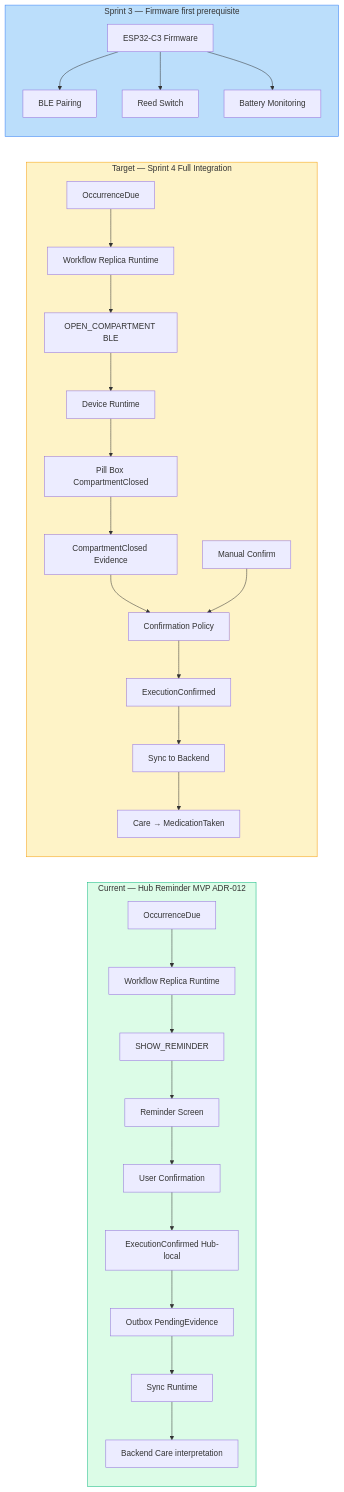
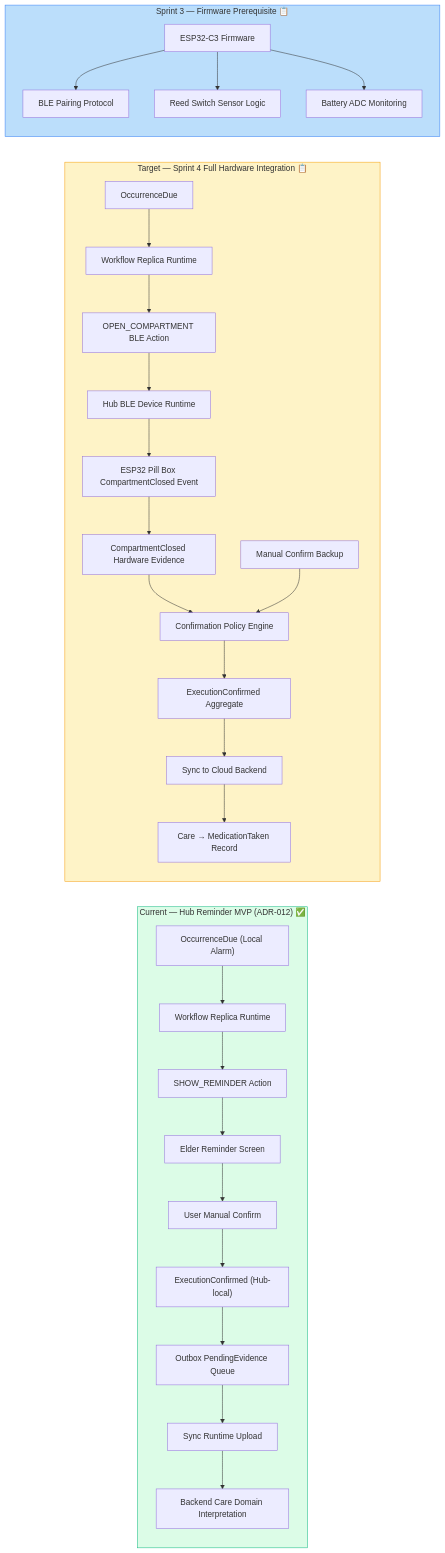
Before and after one commit to Aurliano/yara-care-os: the sixth of 11 diagrams in docs/progress-flowchart.md, drawn with Mermaid. The commit also changed other lines of this file and 75 other files, not shown here.

````diff
--- a/docs/progress-flowchart.md
+++ b/docs/progress-flowchart.md
@@ -327,65 +328,65 @@
 ```mermaid
 flowchart LR
-    subgraph Current["Current — Hub Reminder MVP ADR-012"]
+    subgraph Current["Current — Hub Reminder MVP (ADR-012) ✅"]
         direction TB
-        OCC["OccurrenceDue"]
+        OCC["OccurrenceDue (Local Alarm)"]
         WF_RUN["Workflow Replica Runtime"]
-        SHOW["SHOW_REMINDER"]
-        UI["Reminder Screen"]
-        EVIDENCE["User Confirmation"]
-        LOCAL_CONFIRM["ExecutionConfirmed Hub-local"]
-        OUTBOX["Outbox PendingEvidence"]
-        SYNC_UP["Sync Runtime"]
-        BACKEND["Backend Care interpretation"]
+        SHOW["SHOW_REMINDER Action"]
+        UI["Elder Reminder Screen"]
+        EVIDENCE["User Manual Confirm"]
+        LOCAL_CONFIRM["ExecutionConfirmed (Hub-local)"]
+        OUTBOX["Outbox PendingEvidence Queue"]
+        SYNC_UP["Sync Runtime Upload"]
+        BACKEND["Backend Care Domain Interpretation"]
 
         OCC --> WF_RUN
         WF_RUN --> SHOW
         SHOW --> UI
         UI --> EVIDENCE
         EVIDENCE --> LOCAL_CONFIRM
         LOCAL_CONFIRM --> OUTBOX
         OUTBOX --> SYNC_UP
         SYNC_UP --> BACKEND
     end
 
-    subgraph Target["Target — Sprint 4 Full Integration"]
+    subgraph Target["Target — Sprint 4 Full Hardware Integration 📋"]
         direction TB
         OCC2["OccurrenceDue"]
         WF2["Workflow Replica Runtime"]
-        OPEN["OPEN_COMPARTMENT BLE"]
-        PILLBOX["Pill Box CompartmentClosed"]
-        BLE_DEV["Device Runtime"]
-        EVIDENCE2["CompartmentClosed Evidence"]
-        COMPARE["Confirmation Policy"]
-        CONFIRM2["ExecutionConfirmed"]
-        SYNC2["Sync to Backend"]
-        CARE_INTERP["Care → MedicationTaken"]
+        OPEN["OPEN_COMPARTMENT BLE Action"]
+        PILLBOX["ESP32 Pill Box CompartmentClosed Event"]
+        BLE_DEV["Hub BLE Device Runtime"]
+        EVIDENCE2["CompartmentClosed Hardware Evidence"]
+        COMPARE["Confirmation Policy Engine"]
+        CONFIRM2["ExecutionConfirmed Aggregate"]
+        SYNC2["Sync to Cloud Backend"]
+        CARE_INTERP["Care → MedicationTaken Record"]
 
         OCC2 --> WF2
         WF2 --> OPEN
         OPEN --> BLE_DEV
         BLE_DEV --> PILLBOX
         PILLBOX --> EVIDENCE2
         EVIDENCE2 --> COMPARE
-        UI2["Manual Confirm"] --> COMPARE
+        UI2["Manual Confirm Backup"] --> COMPARE
         COMPARE --> CONFIRM2
         CONFIRM2 --> SYNC2
         SYNC2 --> CARE_INTERP
     end
 
-    subgraph Future["Sprint 3 — Firmware first prerequisite"]
+    subgraph Prereq["Sprint 3 — Firmware Prerequisite 📋"]
         direction TB
         ESP["ESP32-C3 Firmware"]
-        BLE_PAIR["BLE Pairing"]
-        REED["Reed Switch"]
-        BATT["Battery Monitoring"]
+        BLE_PAIR["BLE Pairing Protocol"]
+        REED["Reed Switch Sensor Logic"]
+        BATT["Battery ADC Monitoring"]
 
         ESP --> BLE_PAIR
         ESP --> REED
         ESP --> BATT
     end
 
     style Current fill:#dcfce7,stroke:#10b981
     style Target fill:#fef3c7,stroke:#f59e0b
-    style Future fill:#bbdefb,stroke:#3b82f6
+    style Prereq fill:#bbdefb,stroke:#3b82f6
 ```
````
